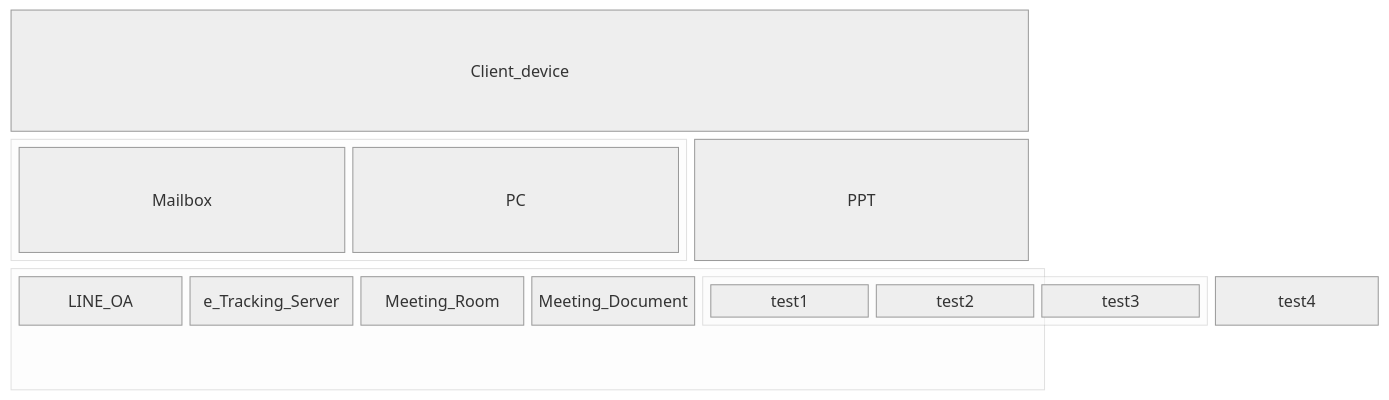
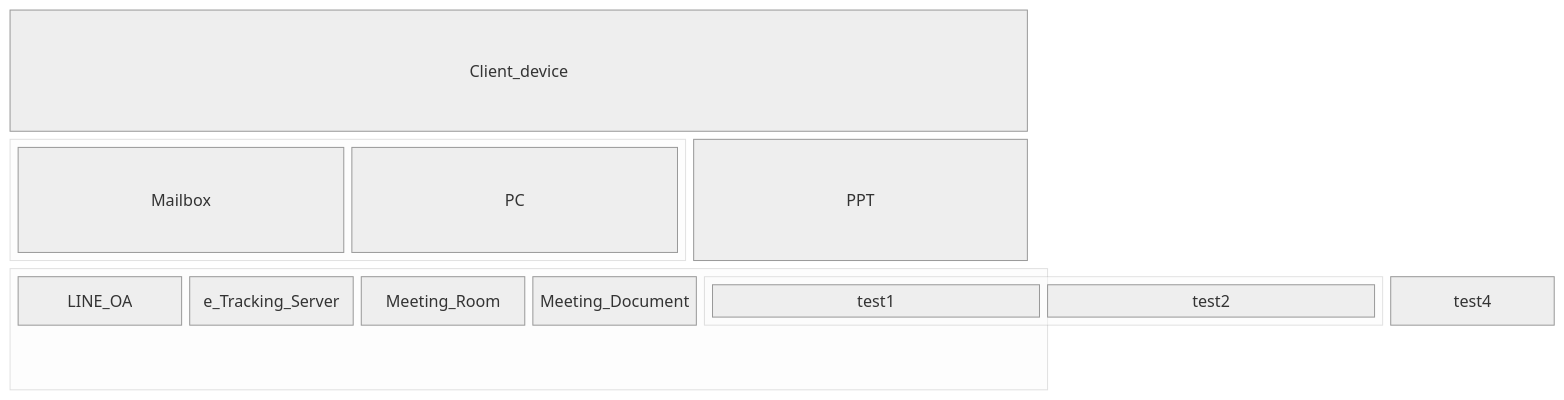
Before and after one commit to Kietpawpan/pdpa: the sixth of 6 diagrams in README.md, drawn with Mermaid (neutral theme).

````diff
--- a/README.md
+++ b/README.md
@@ -123,19 +123,18 @@
 ```mermaid
 block-beta
   columns 3
   Client_device:3
   block:group1:2
     columns 2
     Mailbox PC
   end
   PPT
   block:group2:3
     %% columns auto (default)
     LINE_OA e_Tracking_Server Meeting_Room Meeting_Document
-  block:group3:3
-   %% columns auto (default)
-	test1 test2 test3
+  block:group3:4
+  	test1 test2
 end
 test4
 end
 ```
````
